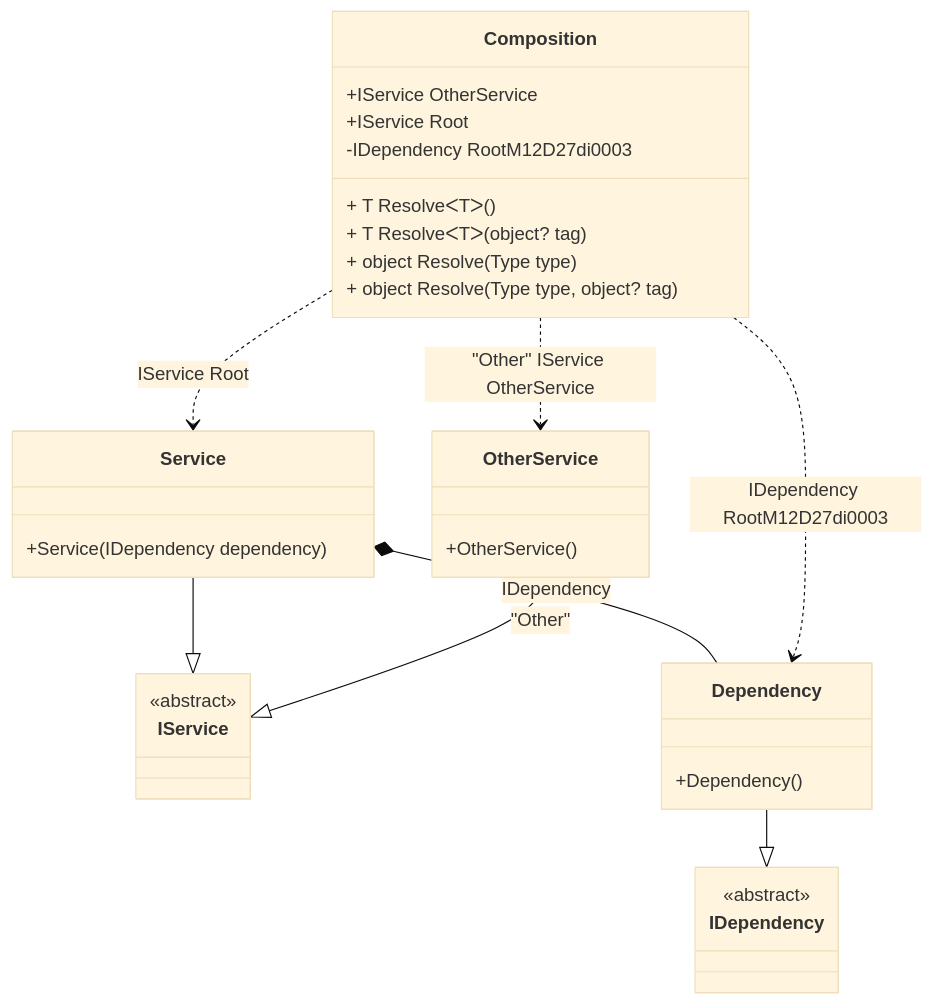
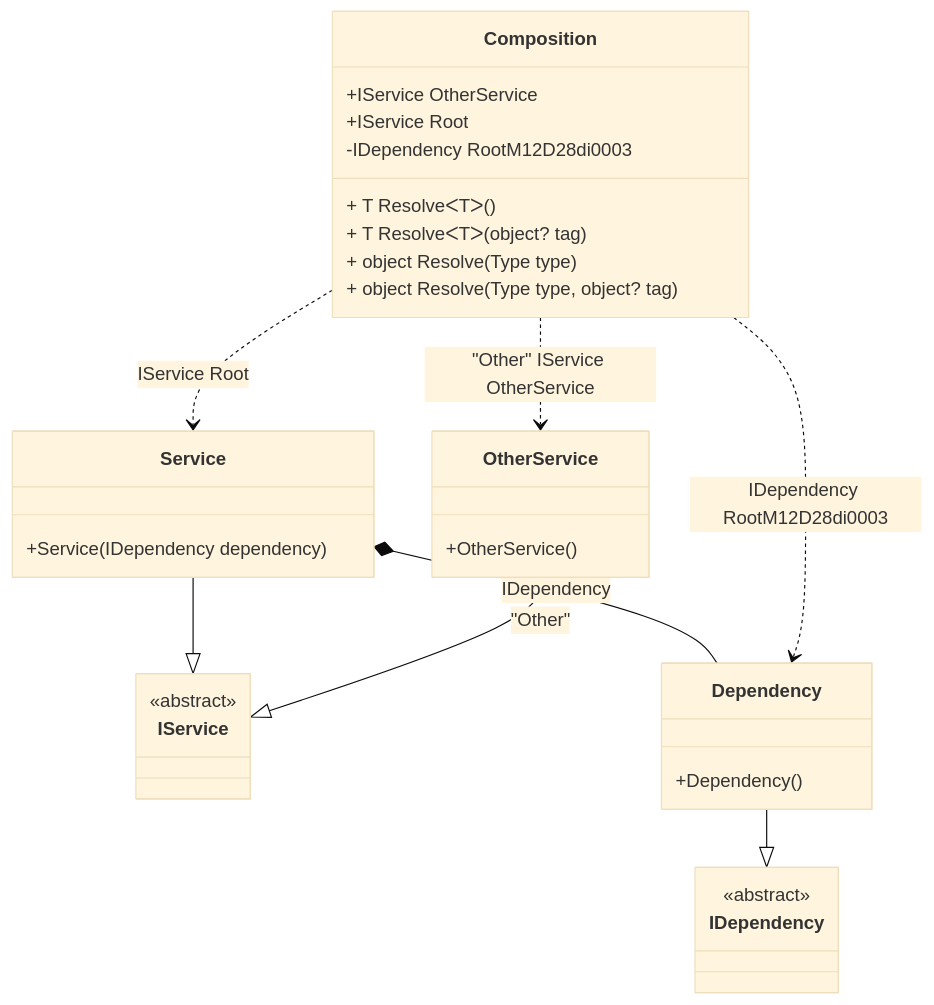
One commit to DevTeam/Pure.DI changed the diagram in readme/composition-roots.md. Above: the diagram before and after it, drawn with Mermaid (base theme). The commit also changed other lines of this file and 77 other files, not shown here.

````diff
--- a/readme/composition-roots.md
+++ b/readme/composition-roots.md
@@ -43,34 +43,34 @@
 ```mermaid
 classDiagram
   class Composition {
     +IService OtherService
     +IService Root
-    -IDependency RootM12D27di0003
+    -IDependency RootM12D28di0003
     + T ResolveᐸTᐳ()
     + T ResolveᐸTᐳ(object? tag)
     + object Resolve(Type type)
     + object Resolve(Type type, object? tag)
   }
   Service --|> IService : 
   class Service {
     +Service(IDependency dependency)
   }
   OtherService --|> IService : "Other" 
   class OtherService {
     +OtherService()
   }
   Dependency --|> IDependency : 
   class Dependency {
     +Dependency()
   }
   class IService {
     <<abstract>>
   }
   class IDependency {
     <<abstract>>
   }
   Service *--  Dependency : IDependency
   Composition ..> Service : IService Root
   Composition ..> OtherService : "Other" IService OtherService
-  Composition ..> Dependency : IDependency RootM12D27di0003
+  Composition ..> Dependency : IDependency RootM12D28di0003
 ```
````
